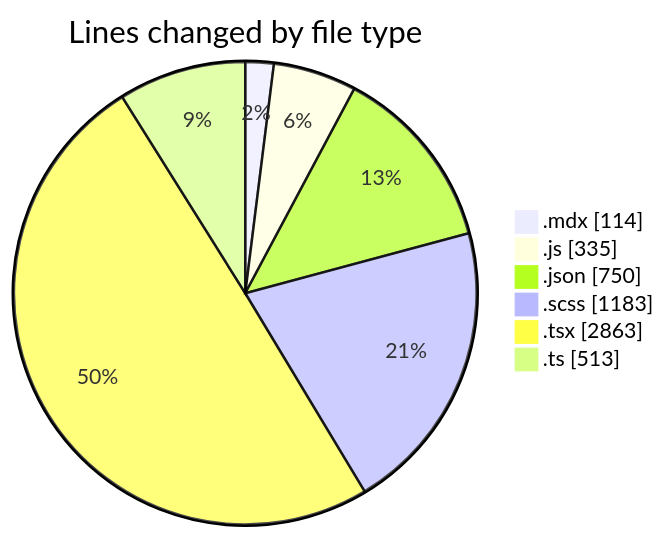
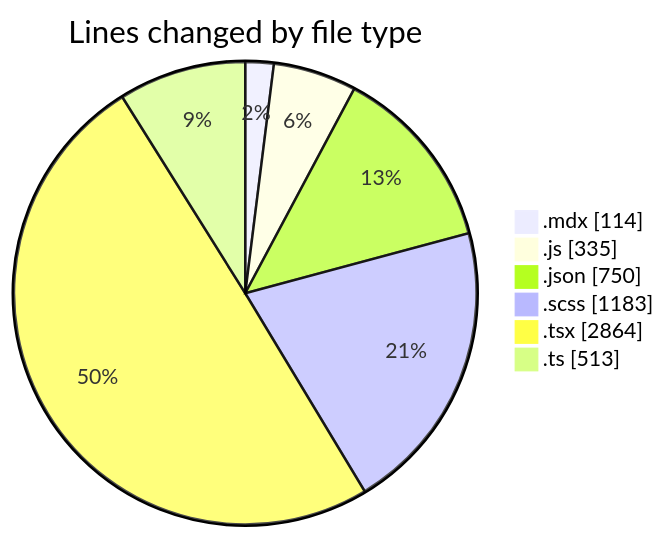
The first of 2 diagrams in 2026-08-13/cda/README.md (momahboobian/code-tracking), drawn with Mermaid before and after one commit. The commit also changed other lines of this file and 1 other file, not shown here.

````diff
--- a/2026-08-13/cda/README.md
+++ b/2026-08-13/cda/README.md
@@ -46,10 +46,10 @@
 ```mermaid
 pie showData
 title Lines changed by file type
 ".mdx" : 114
 ".js" : 335
 ".json" : 750
 ".scss" : 1183
-".tsx" : 2863
+".tsx" : 2864
 ".ts" : 513
 ```
````
